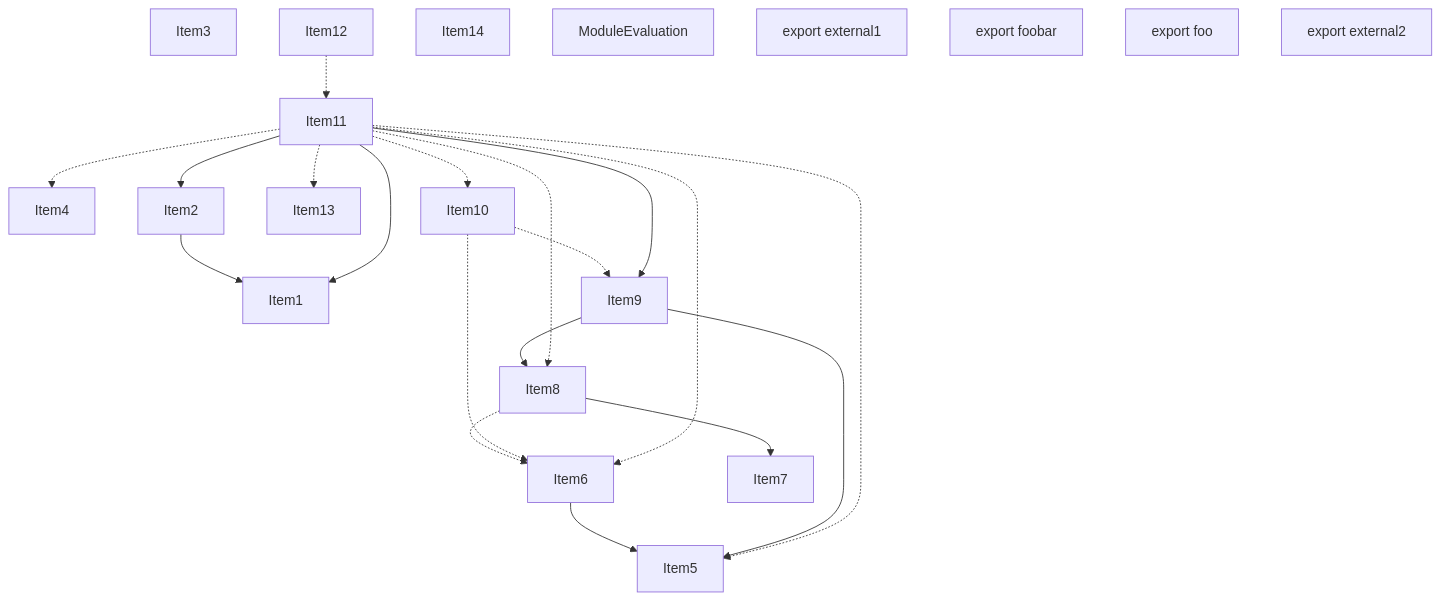
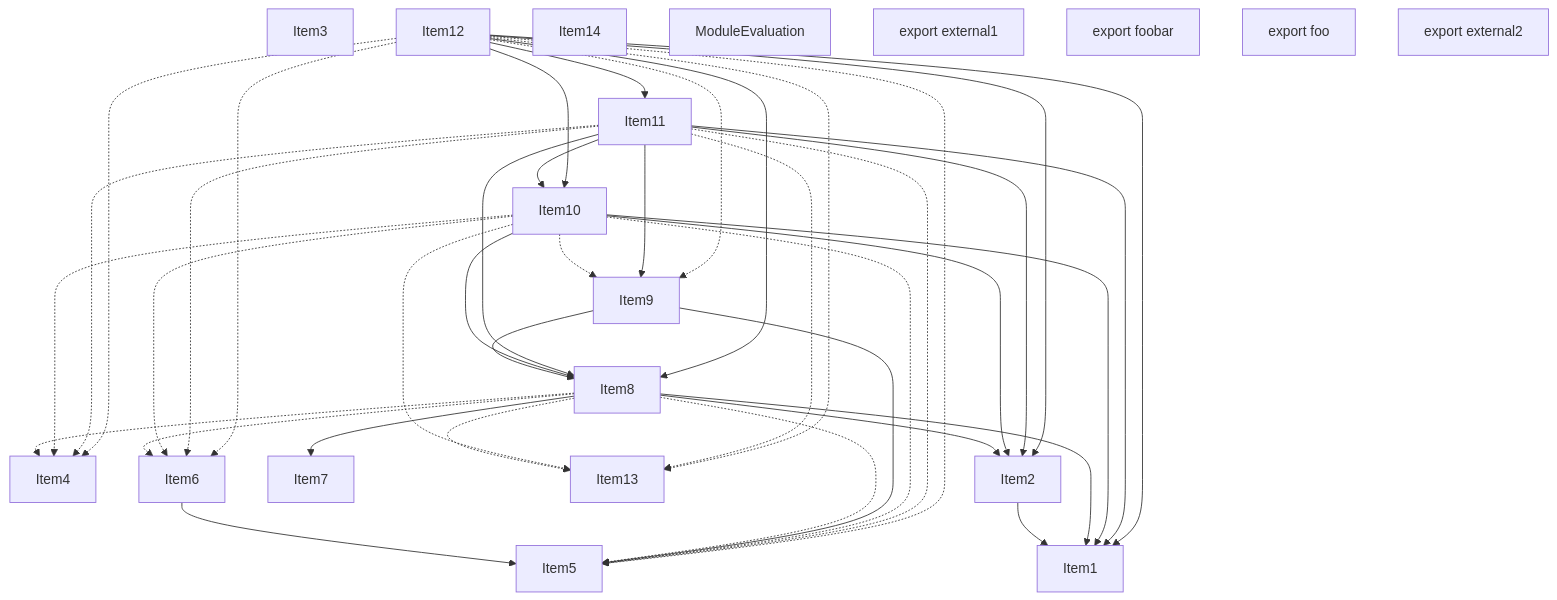
Before and after one commit to vercel/turborepo: the second of 5 diagrams in crates/turbopack-ecmascript/tests/tree-shaker/analyzer/2/output.md, drawn with Mermaid. The commit also changed other lines of this file and 3 other files, not shown here.

````diff
--- a/crates/turbopack-ecmascript/tests/tree-shaker/analyzer/2/output.md
+++ b/crates/turbopack-ecmascript/tests/tree-shaker/analyzer/2/output.md
@@ -187,45 +190,65 @@
 ```mermaid
 graph TD
     Item3;
     Item1;
     Item4;
     Item5;
     Item6;
     Item7;
     Item8;
     Item9;
     Item10;
     Item11;
     Item12;
     Item13;
     Item14;
     Item2;
     Item15;
     Item15["ModuleEvaluation"];
     Item16;
     Item16["export external1"];
     Item17;
     Item17["export foobar"];
     Item18;
     Item18["export foo"];
     Item19;
     Item19["export external2"];
     Item2 --> Item1;
     Item6 --> Item5;
     Item8 --> Item7;
     Item8 -.-> Item6;
+    Item8 --> Item1;
+    Item8 --> Item2;
+    Item8 -.-> Item13;
+    Item8 -.-> Item5;
+    Item8 -.-> Item4;
     Item9 --> Item5;
     Item9 --> Item8;
     Item10 -.-> Item6;
     Item10 -.-> Item9;
+    Item10 --> Item1;
+    Item10 --> Item2;
+    Item10 --> Item8;
+    Item10 -.-> Item13;
+    Item10 -.-> Item5;
+    Item10 -.-> Item4;
     Item11 --> Item9;
     Item11 --> Item1;
     Item11 --> Item2;
+    Item11 --> Item8;
+    Item11 --> Item10;
     Item11 -.-> Item13;
     Item11 -.-> Item5;
-    Item11 -.-> Item8;
-    Item11 -.-> Item10;
     Item11 -.-> Item6;
     Item11 -.-> Item4;
-    Item12 -.-> Item11;
+    Item12 --> Item11;
+    Item12 --> Item1;
+    Item12 --> Item2;
+    Item12 --> Item8;
+    Item12 --> Item10;
+    Item12 -.-> Item13;
+    Item12 -.-> Item5;
+    Item12 -.-> Item6;
+    Item12 -.-> Item9;
+    Item12 -.-> Item4;
 ```
````
